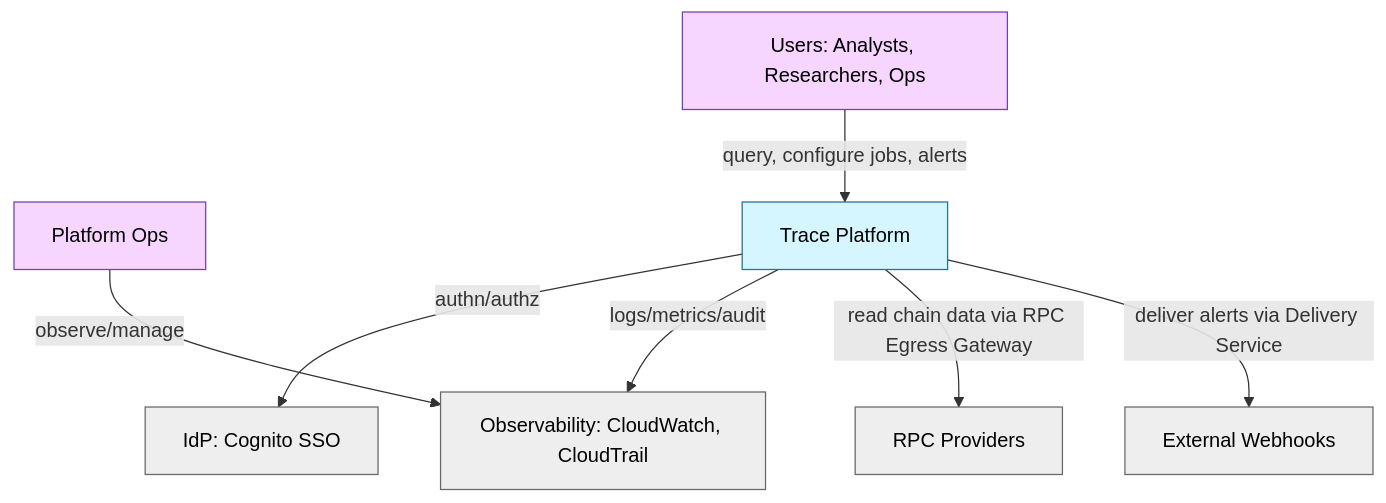
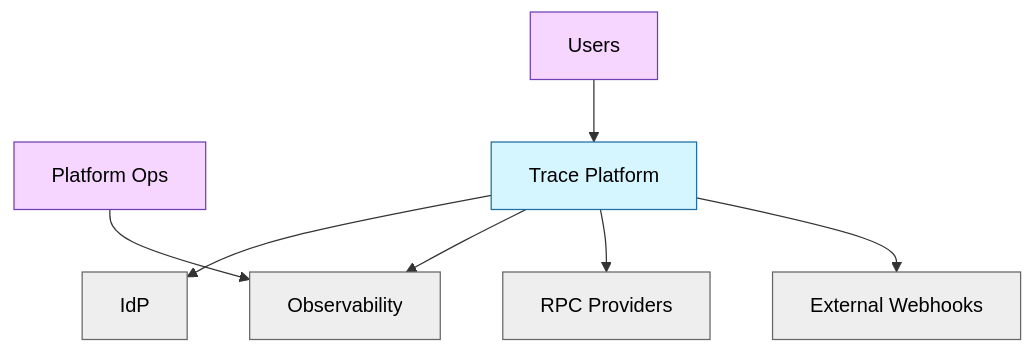
The first of 2 diagrams in docs/architecture/c4.md (c7121/trace), drawn with Mermaid before and after one commit. The commit also changed other lines of this file and 4 other files, not shown here.

````diff
--- a/docs/architecture/c4.md
+++ b/docs/architecture/c4.md
@@ -12,23 +12,21 @@
 ```mermaid
 flowchart TB
-    users["Users: Analysts, Researchers, Ops"]:::person
+    users["Users"]:::person
     ops["Platform Ops"]:::person
-    idp["IdP: Cognito SSO"]:::ext
+    idp["IdP"]:::ext
     trace["Trace Platform"]:::system
     rpc["RPC Providers"]:::ext
-    obs["Observability: CloudWatch, CloudTrail"]:::ext
+    obs["Observability"]:::ext
     webhooks["External Webhooks"]:::ext
 
-    users -->|query, configure jobs, alerts| trace
-    trace -->|authn/authz| idp
-    trace -->|logs/metrics/audit| obs
-    ops -->|observe/manage| obs
-
-    %% High-level interactions; internal containment is shown in L2.
-    trace -->|read chain data via RPC Egress Gateway| rpc
-    trace -->|deliver alerts via Delivery Service| webhooks
+    users --> trace
+    trace --> idp
+    trace --> obs
+    ops --> obs
+    trace --> rpc
+    trace --> webhooks
 
     classDef person fill:#f6d6ff,stroke:#6f3fb3,color:#000;
     classDef system fill:#d6f6ff,stroke:#1f6fa3,color:#000;
     classDef ext fill:#eee,stroke:#666,color:#000;
 ```
````
